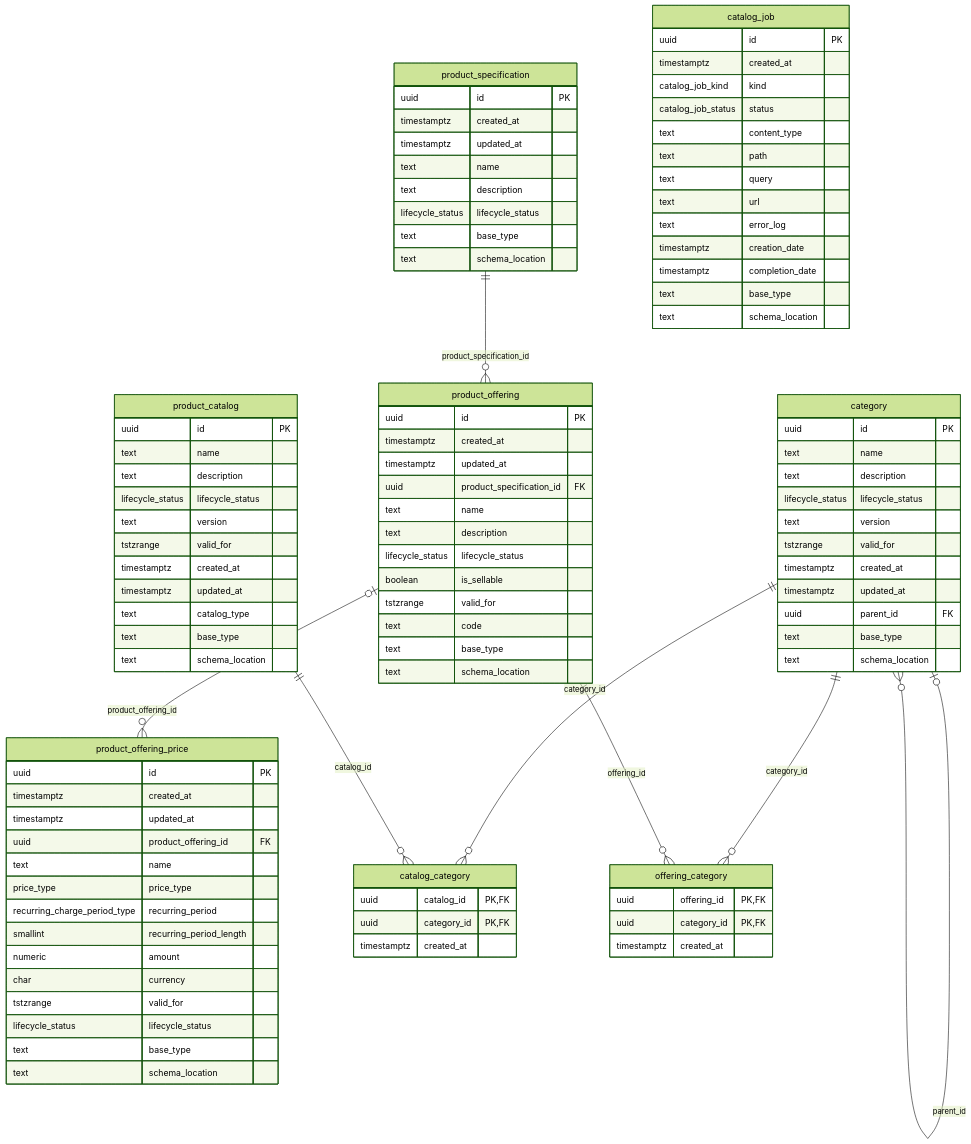
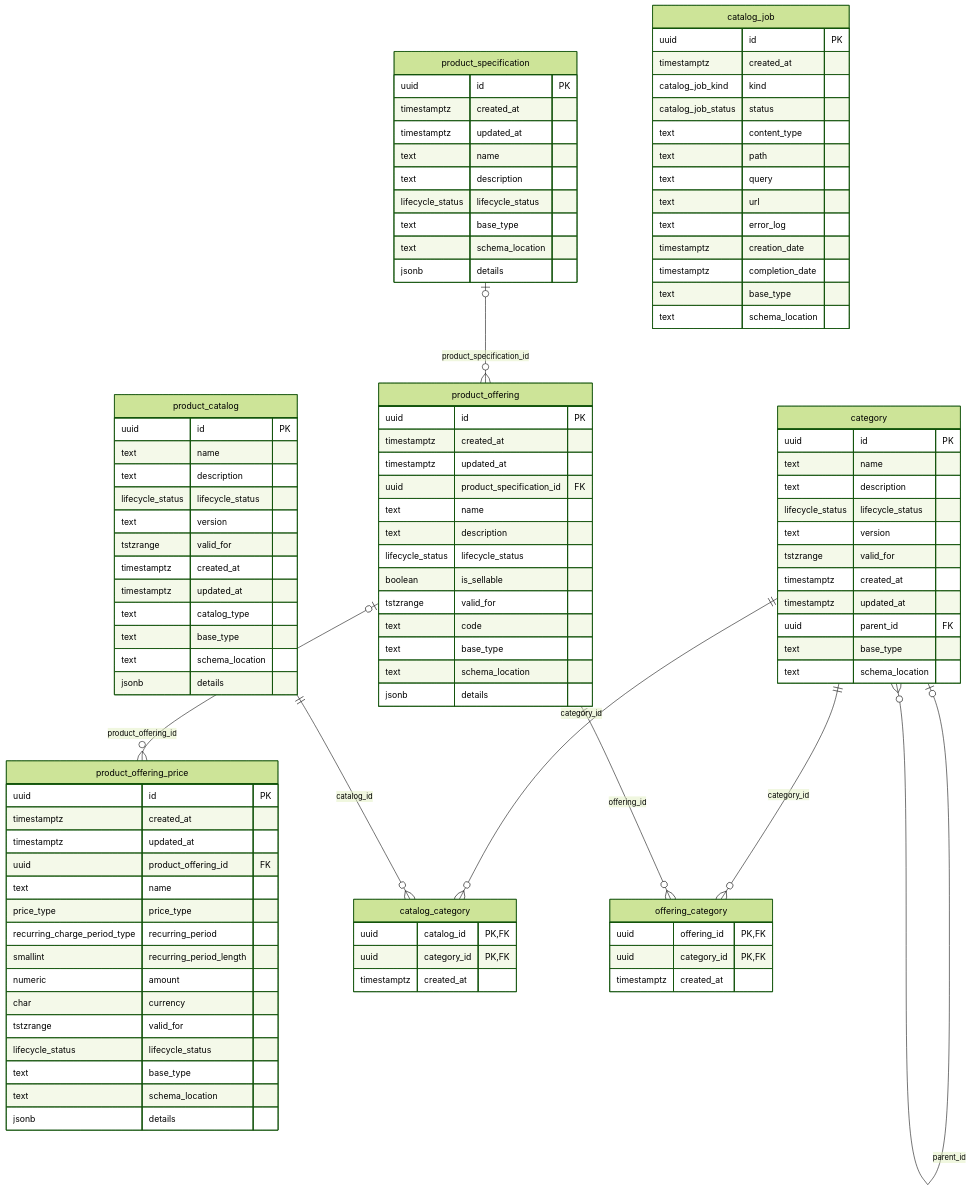
One commit to altharmz/bss changed the third of 8 diagrams in docs/db/README.md. Above: the diagram before and after it, drawn with Mermaid (forest theme). The commit also changed other lines of this file and 34 other files, not shown here.

````diff
--- a/docs/db/README.md
+++ b/docs/db/README.md
@@ -265,6 +265,7 @@
     lifecycle_status lifecycle_status
     text base_type
     text schema_location
+    jsonb details
   }
   product_offering {
     uuid id PK
@@ -279,6 +280,7 @@
     text code
     text base_type
     text schema_location
+    jsonb details
   }
   product_offering_price {
     uuid id PK
@@ -295,6 +297,7 @@
     lifecycle_status lifecycle_status
     text base_type
     text schema_location
+    jsonb details
   }
   category {
     uuid id PK
@@ -321,6 +324,7 @@
     text catalog_type
     text base_type
     text schema_location
+    jsonb details
   }
   catalog_category {
     uuid catalog_id PK,FK
@@ -353,5 +357,5 @@
   product_catalog ||--o{ catalog_category : "catalog_id"
   product_offering |o--o{ product_offering_price : "product_offering_id"
   product_offering ||--o{ offering_category : "offering_id"
-  product_specification ||--o{ product_offering : "product_specification_id"
+  product_specification |o--o{ product_offering : "product_specification_id"
 ```
````
